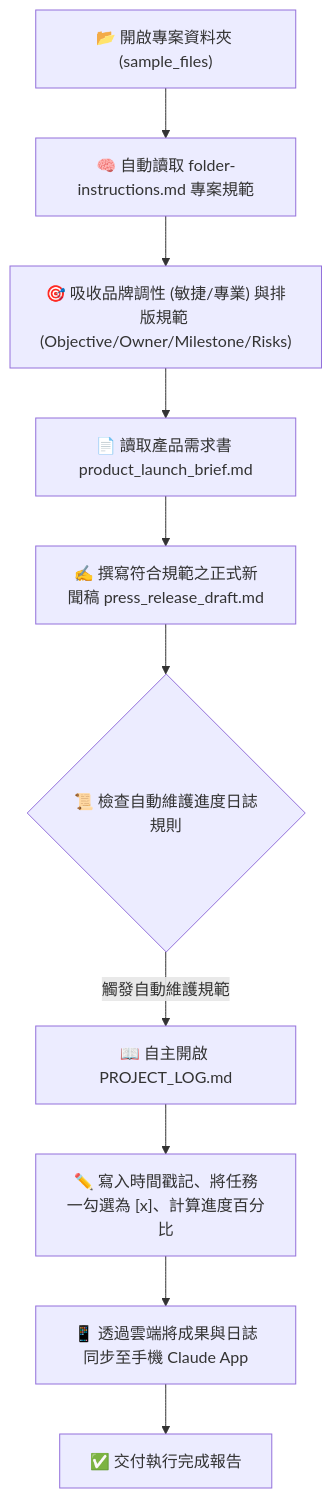
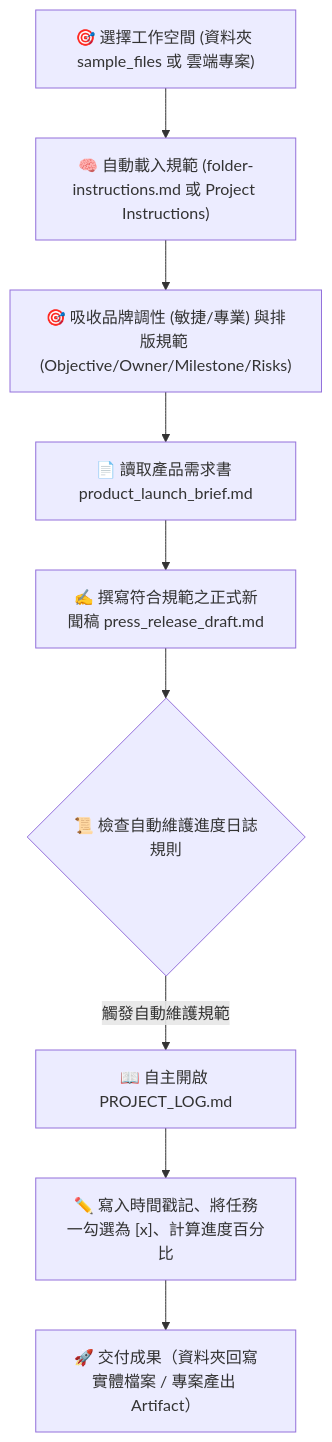
One commit to roberthsu2003/workflow-productivity changed the diagram in Claude_ai/cowork/Examples/05_Folder_Instructions_Project/README.md. Above: the diagram before and after it, drawn with Mermaid. The commit also changed other lines of this file and 1 other file, not shown here.

````diff
--- a/Claude_ai/cowork/Examples/05_Folder_Instructions_Project/README.md
+++ b/Claude_ai/cowork/Examples/05_Folder_Instructions_Project/README.md
@@ -63,13 +97,12 @@
 ```mermaid
 flowchart TD
-    Start["📂 開啟專案資料夾 (sample_files)"] --> AutoLoad["🧠 自動讀取 folder-instructions.md 專案規範"]
+    Start["🎯 選擇工作空間 (資料夾 sample_files 或 雲端專案)"] --> AutoLoad["🧠 自動載入規範 (folder-instructions.md 或 Project Instructions)"]
     AutoLoad --> Adopt["🎯 吸收品牌調性 (敏捷/專業) 與排版規範 (Objective/Owner/Milestone/Risks)"]
     Adopt --> ReadBrief["📄 讀取產品需求書 product_launch_brief.md"]
     GenPR["✍️ 撰寫符合規範之正式新聞稿 press_release_draft.md"]
     ReadBrief --> GenPR
     GenPR --> CheckRule{"📜 檢查自動維護進度日誌規則"}
     CheckRule -->|觸發自動維護規範| OpenLog["📖 自主開啟 PROJECT_LOG.md"]
     OpenLog --> UpdateLog["✏️ 寫入時間戳記、將任務一勾選為 [x]、計算進度百分比"]
-    UpdateLog --> MobileSync["📱 透過雲端將成果與日誌同步至手機 Claude App"]
-    MobileSync --> Finish["✅ 交付執行完成報告"]
+    UpdateLog --> Deliver["🚀 交付成果（資料夾回寫實體檔案 / 專案產出 Artifact）"]
 ```
````
